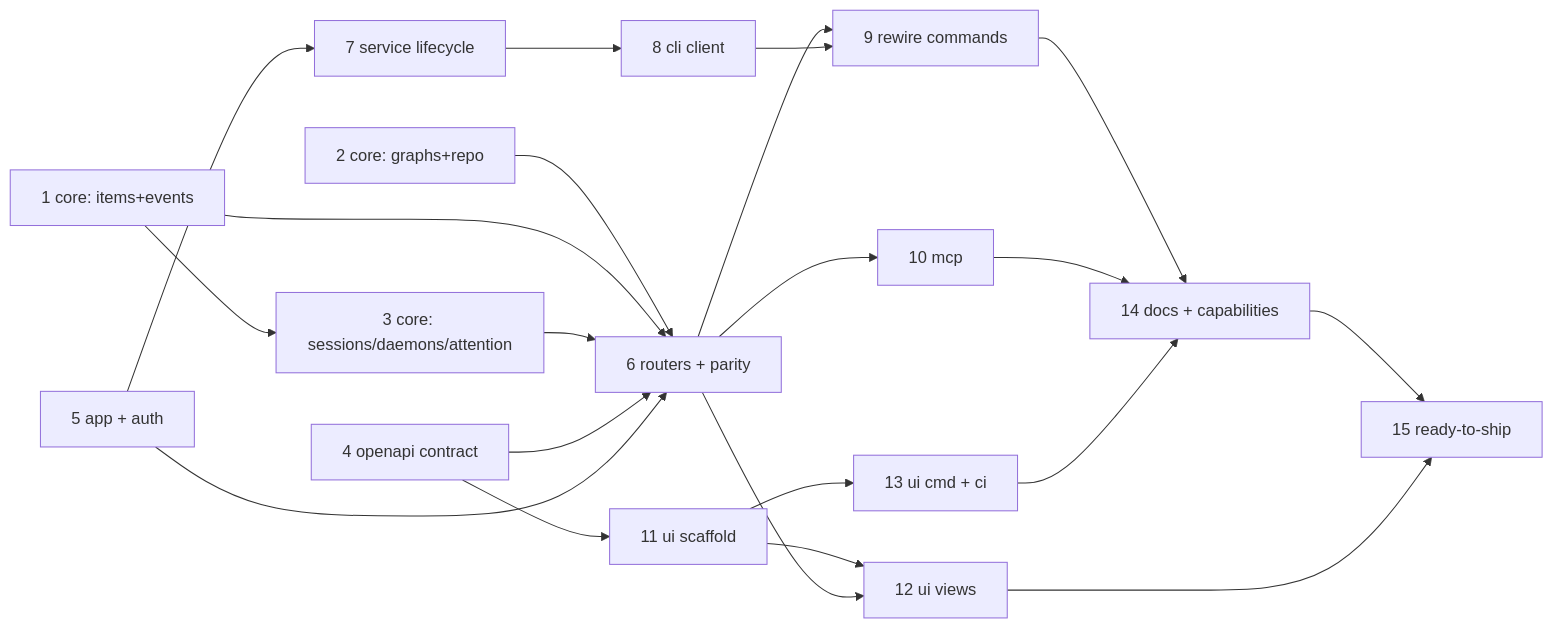
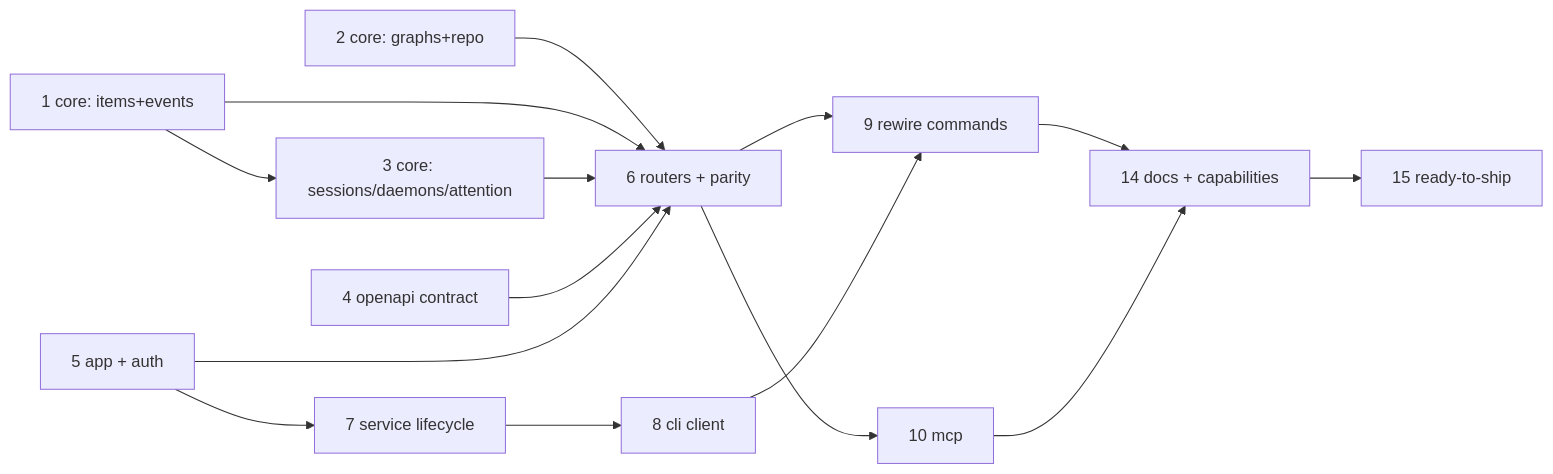
One commit to MadaraUchiha-314/the-loop changed the diagram in docs/specs/issue-161/tasks.md. Above: the diagram before and after it, drawn with Mermaid. The commit also changed other lines of this file and 27 other files, not shown here.

````diff
--- a/docs/specs/issue-161/tasks.md
+++ b/docs/specs/issue-161/tasks.md
@@ -136,23 +127,18 @@
 ```mermaid
 flowchart LR
   T1[1 core: items+events] --> T3[3 core: sessions/daemons/attention]
   T2[2 core: graphs+repo] --> T6
   T1 --> T6[6 routers + parity]
   T3 --> T6
   T4[4 openapi contract] --> T6
   T5[5 app + auth] --> T6
   T5 --> T7[7 service lifecycle]
   T7 --> T8[8 cli client]
   T6 --> T9[9 rewire commands]
   T8 --> T9
   T6 --> T10[10 mcp]
-  T4 --> T11[11 ui scaffold]
-  T11 --> T12[12 ui views]
-  T6 --> T12
-  T11 --> T13[13 ui cmd + ci]
   T9 --> T14[14 docs + capabilities]
   T10 --> T14
-  T13 --> T14
   T14 --> T15[15 ready-to-ship]
-  T12 --> T15
+  %% T11–T13 (UI scaffold/views/cmd+CI) descoped — owner decision on PR #162
 ```
````
